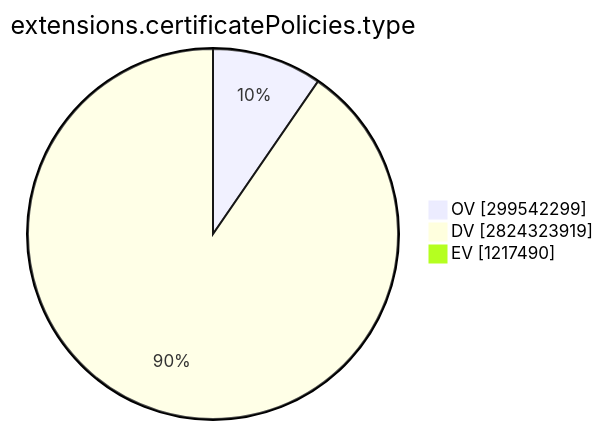
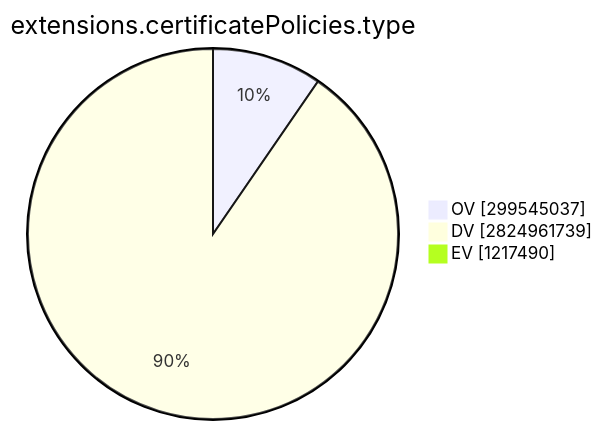
Before and after one commit to christiankrug/ctmonitor_visualization: the ninth of 15 diagrams in TOTAL/README.md, drawn with Mermaid. The commit also changed other lines of this file, not shown here.

````diff
--- a/TOTAL/README.md
+++ b/TOTAL/README.md
@@ -3101,7 +3101,7 @@
 ```mermaid
 pie showData
 title extensions.certificatePolicies.type
-"OV" :299542299
-"DV" :2824323919
+"OV" :299545037
+"DV" :2824961739
 "EV" :1217490
 ```
````
